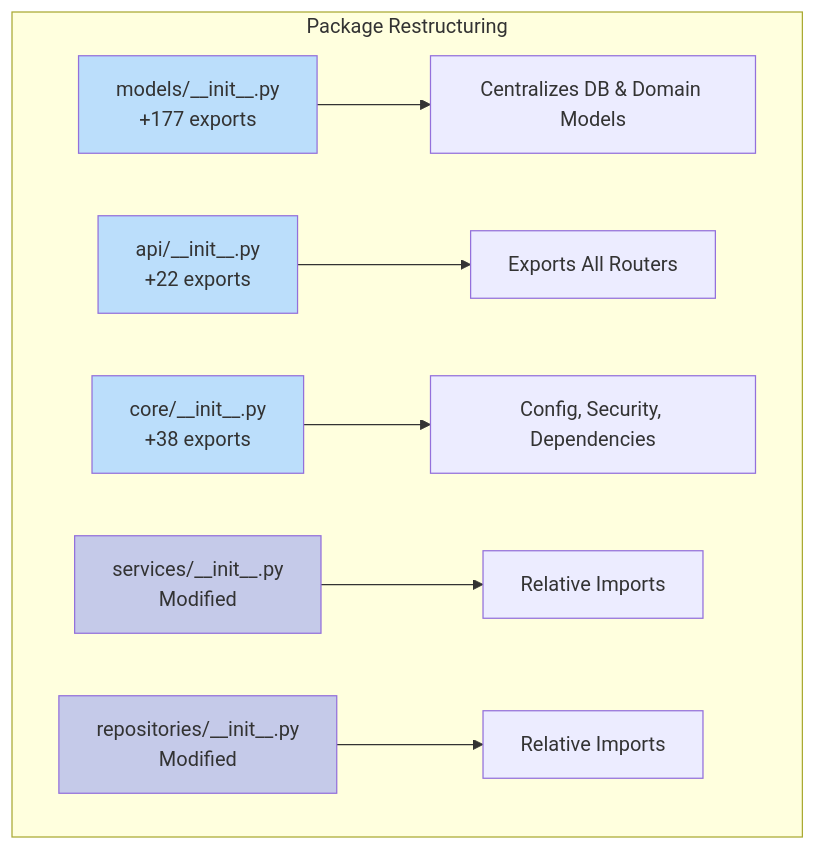
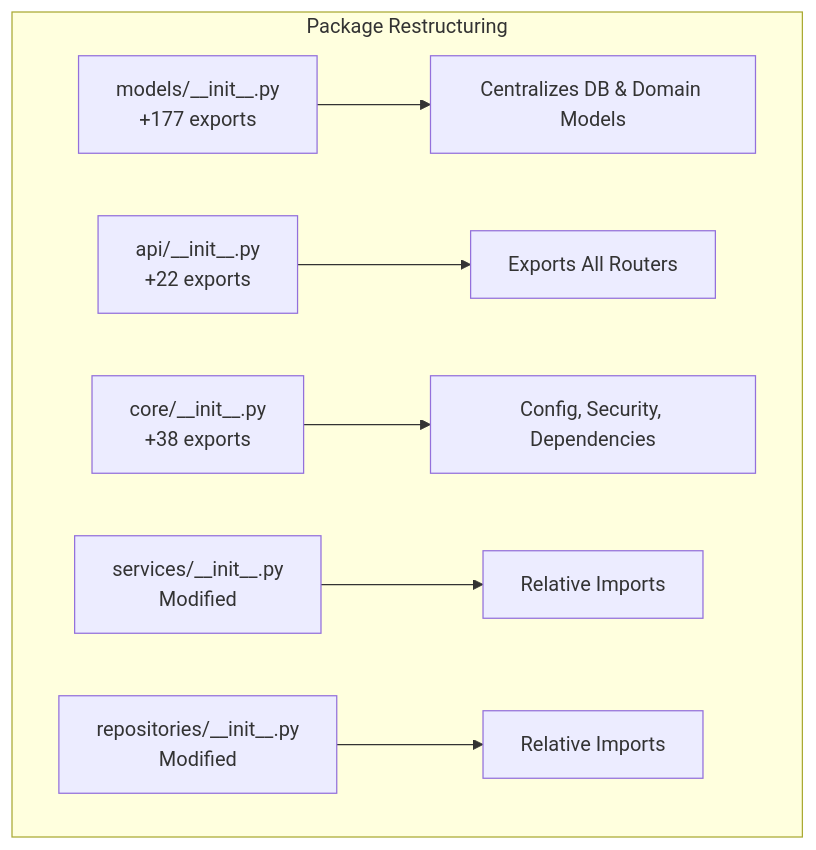
The fourth of 4 diagrams in docs/changes_from_refactor-session-management_to_simplify-imports.md (ELC/upskilling), drawn with Mermaid before and after one commit. The commit also changed other lines of this file, not shown here.

````diff
--- a/docs/changes_from_refactor-session-management_to_simplify-imports.md
+++ b/docs/changes_from_refactor-session-management_to_simplify-imports.md
@@ -118,16 +95,10 @@
 ```mermaid
 graph TB
     subgraph "Package Restructuring"
         A[models/__init__.py<br/>+177 exports] --> B[Centralizes DB & Domain Models]
         C[api/__init__.py<br/>+22 exports] --> D[Exports All Routers]
         E[core/__init__.py<br/>+38 exports] --> F[Config, Security, Dependencies]
         G[services/__init__.py<br/>Modified] --> H[Relative Imports]
         I[repositories/__init__.py<br/>Modified] --> J[Relative Imports]
     end
-    
-    style A fill:#bbdefb
-    style C fill:#bbdefb
-    style E fill:#bbdefb
-    style G fill:#c5cae9
-    style I fill:#c5cae9
 ```
````
